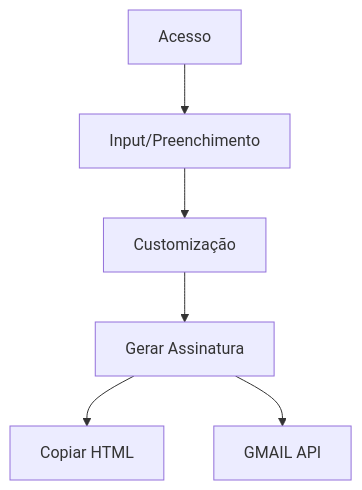
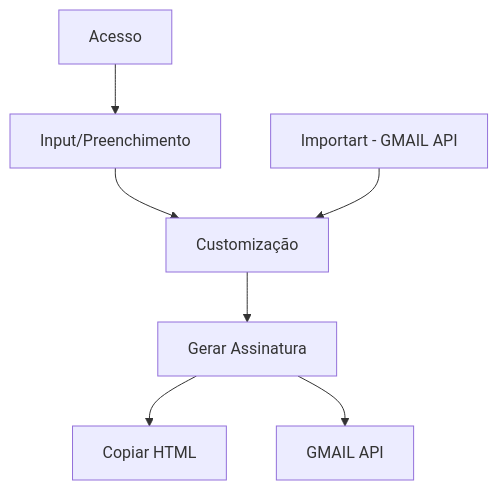
Before and after one commit to rpradosilva/rpradosilva: the diagram in ideas/gae/README.md, drawn with Mermaid. The commit also changed 2 other files, not shown here.

Commit message:
Update: Insert docs

````diff
--- a/ideas/gae/README.md
+++ b/ideas/gae/README.md
@@ -26,7 +26,7 @@
 ```mermaid
 flowchart TB
     Acesso-->Input/Preenchimento
-    Input/Preenchimento-->C[Customização]
+    Input/Preenchimento & E[Importart - GMAIL API]-->C[Customização]
     C[Customização]-->G[Gerar Assinatura]
     G[Gerar Assinatura]--> H[Copiar HTML] & M[GMAIL API]
 ```
````
